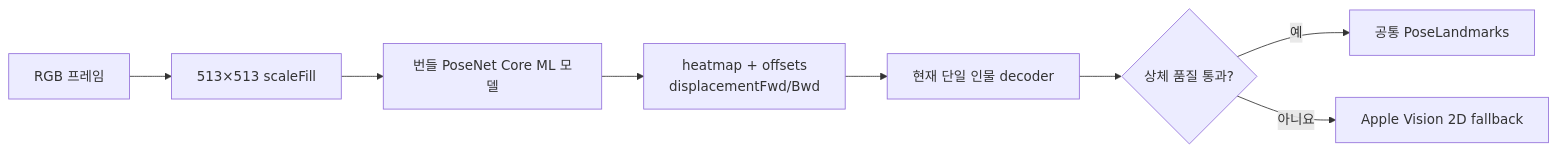
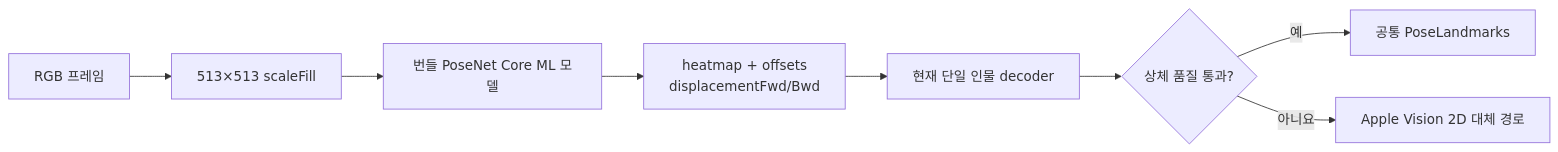
The diagram in docs/algorithm/apple-posenet/README.md (kimchanhyung98/turtlemeck), drawn with Mermaid before and after one commit. The commit also changed other lines of this file and 84 other files, not shown here.

````diff
--- a/docs/algorithm/apple-posenet/README.md
+++ b/docs/algorithm/apple-posenet/README.md
@@ -16,10 +16,10 @@
 ```mermaid
 flowchart LR
     RGB["RGB 프레임"] --> PRE["513×513 scaleFill"]
     PRE --> MODEL["번들 PoseNet Core ML 모델"]
     MODEL --> TENSOR["heatmap + offsets<br/>displacementFwd/Bwd"]
     TENSOR --> DECODE["현재 단일 인물 decoder"]
     DECODE --> GATE{"상체 품질 통과?"}
     GATE -->|예| LANDMARK["공통 PoseLandmarks"]
-    GATE -->|아니요| VISION["Apple Vision 2D fallback"]
+    GATE -->|아니요| VISION["Apple Vision 2D 대체 경로"]
 ```
````
